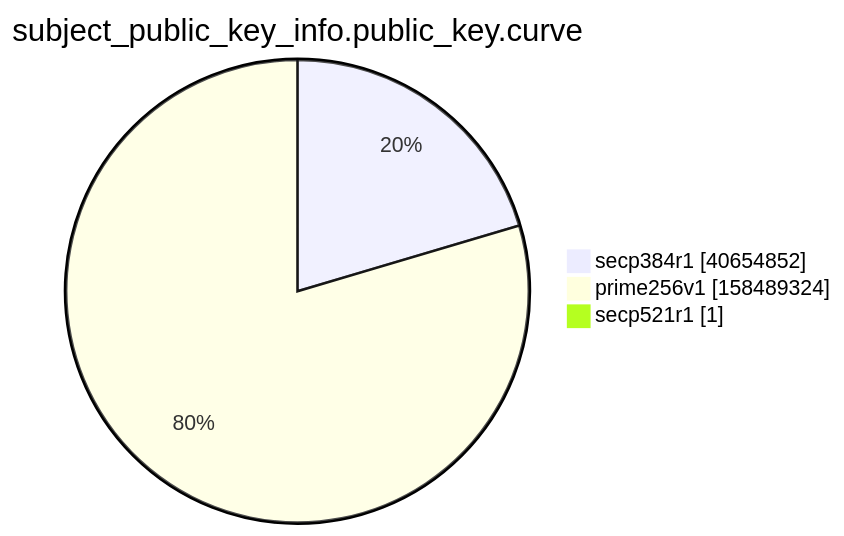
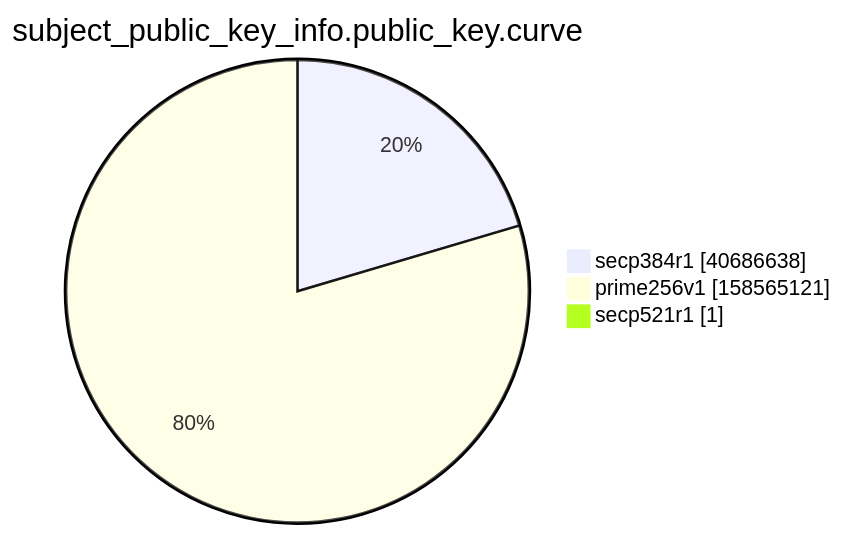
One commit to christiankrug/ctmonitor_visualization changed the ninth of 15 diagrams in xenon2022/README.md. Above: the diagram before and after it, drawn with Mermaid. The commit also changed other lines of this file, not shown here.

````diff
--- a/xenon2022/README.md
+++ b/xenon2022/README.md
@@ -2867,7 +2867,7 @@
 ```mermaid
 pie showData
 title subject_public_key_info.public_key.curve
-"secp384r1" :40654852
-"prime256v1" :158489324
+"secp384r1" :40686638
+"prime256v1" :158565121
 "secp521r1" :1
 ```
````
